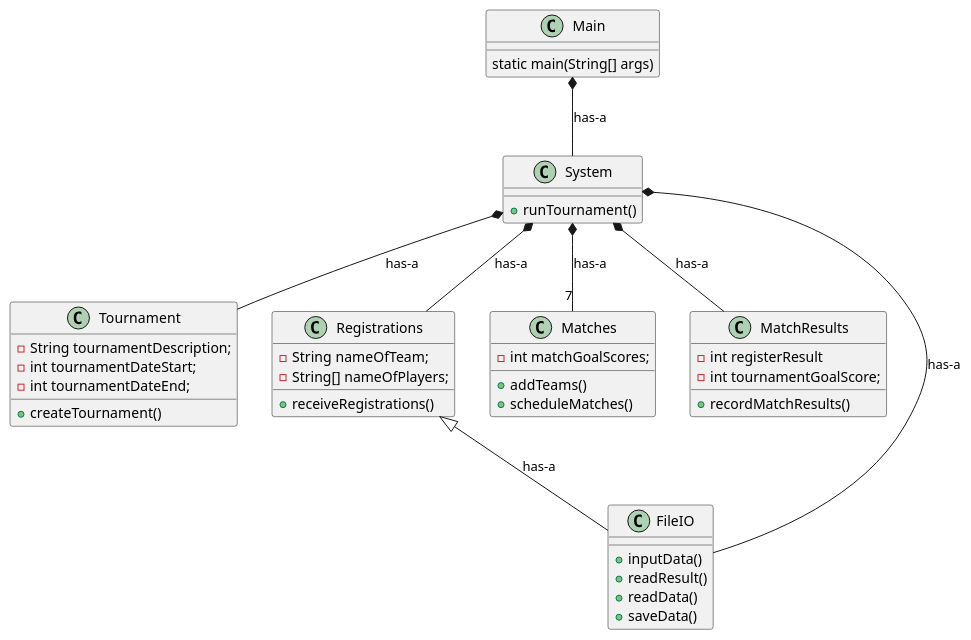
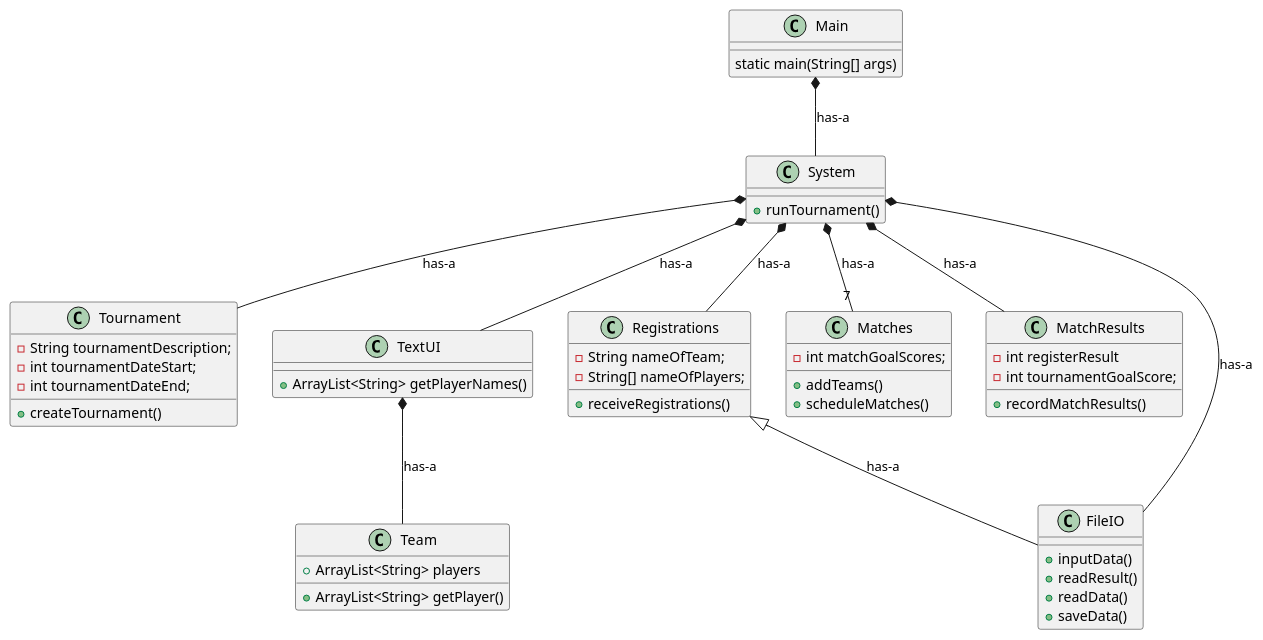
Before and after one commit to NikolajKaspersen/Tournament: the diagram in Documentation/KlasseDiagram.puml, drawn with PlantUML. The commit also changed 1 other file, not shown here.

```diff
--- a/Documentation/KlasseDiagram.puml
+++ b/Documentation/KlasseDiagram.puml
@@ -1,60 +1,72 @@
 @startuml
 class Main
 {
 static main(String[] args)
 }
 
 class System
 {
     +runTournament()
 }
 
 class Tournament
 {
     -String tournamentDescription;
     -int tournamentDateStart;
     -int tournamentDateEnd;
 
     +createTournament()
+}
+
+class TextUI
+{
++ ArrayList<String> getPlayerNames()
+}
+
+class Team
+{
+    +ArrayList<String> players
++ ArrayList<String> getPlayer()
 }
 
 class Registrations
 {
     -String nameOfTeam;
     -String[] nameOfPlayers;
 
     +receiveRegistrations()
 }
 
 class Matches
 {
     -int matchGoalScores;
 
     +addTeams()
     +scheduleMatches()
 }
 
 class MatchResults
 {
     - int registerResult
     - int tournamentGoalScore;
     +recordMatchResults()
 }
 
 class FileIO
 {
     +inputData()
     +readResult()
     +readData()
     +saveData()
 }
-
+System *-- TextUI: has-a
+TextUI *-- Team: has-a
 System *-- Tournament: has-a
 System *-- Registrations: has-a
 System *-- "7"Matches: has-a
 System *-- MatchResults: has-a
 System *-- FileIO: has-a
 Registrations <|-- FileIO:has-a
 Main *-- System: has-a
 
 @enduml
```
